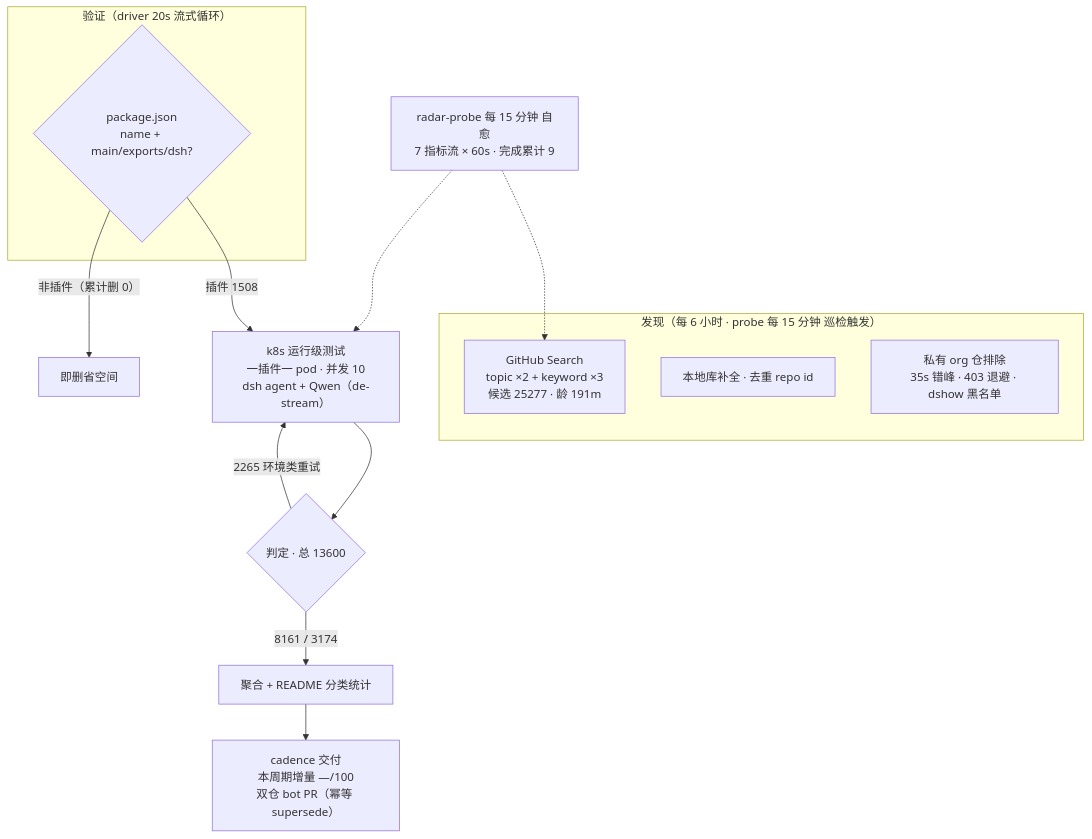
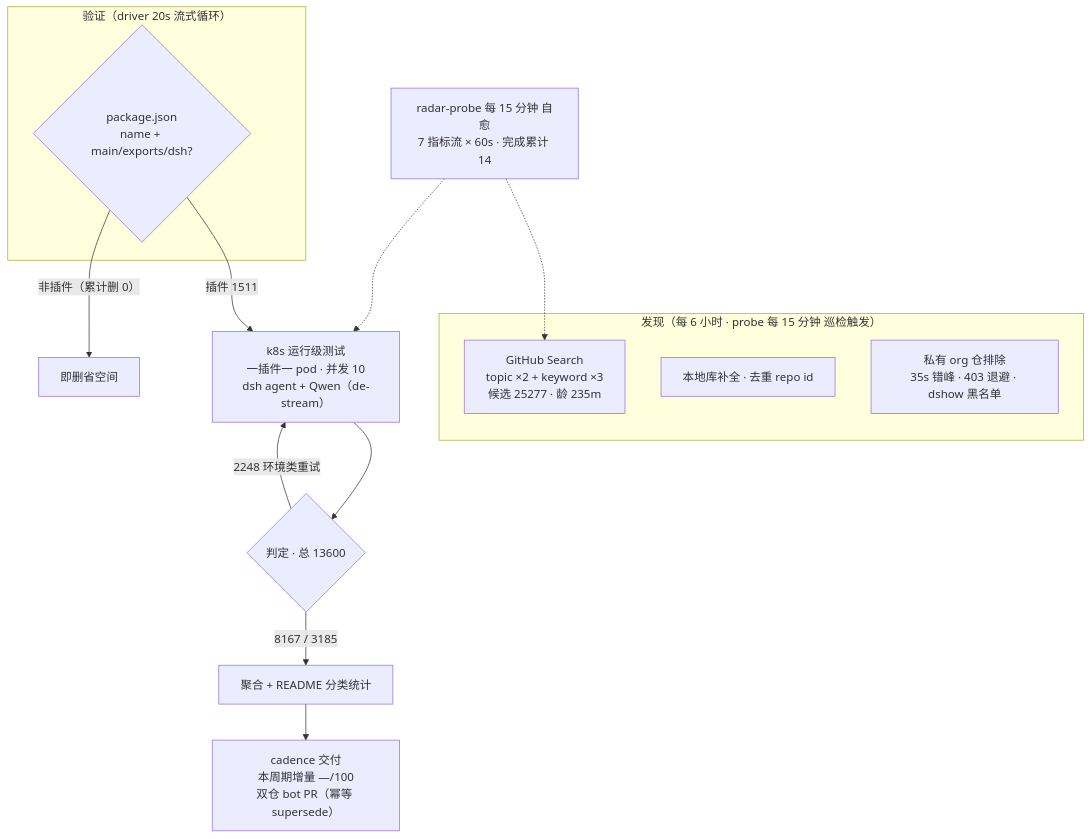
Before and after one commit to Zhidao-Lab-OSS/awesome-dsh-plugins: the diagram in README.md, drawn with Mermaid. The commit also changed other lines of this file and 1 other file, not shown here.

````diff
--- a/README.md
+++ b/README.md
@@ -99,20 +99,20 @@
 ```mermaid
 flowchart TB
     subgraph Discovery["发现（每 6 小时 · probe 每 15 分钟 巡检触发）"]
-        A1["GitHub Search<br/>topic ×2 + keyword ×3<br/>候选 25277 · 龄 191m"]
+        A1["GitHub Search<br/>topic ×2 + keyword ×3<br/>候选 25277 · 龄 235m"]
         A2["本地库补全 · 去重 repo id"]
         A3["私有 org 仓排除<br/>35s 错峰 · 403 退避 · dshow 黑名单"]
     end
     subgraph Validation["验证（driver 20s 流式循环）"]
         B1{"package.json<br/>name + main/exports/dsh?"}
     end
-    B1 -->|"插件 1508"| C1["k8s 运行级测试<br/>一插件一 pod · 并发 10<br/>dsh agent + Qwen（de-stream）"]
+    B1 -->|"插件 1511"| C1["k8s 运行级测试<br/>一插件一 pod · 并发 10<br/>dsh agent + Qwen（de-stream）"]
     B1 -->|"非插件（累计删 0）"| B3["即删省空间"]
     C1 --> D1{"判定 · 总 13600"}
-    D1 -->|"8161 / 3174"| E1["聚合 + README 分类统计"]
-    D1 -->|"2265 环境类重试"| C1
+    D1 -->|"8167 / 3185"| E1["聚合 + README 分类统计"]
+    D1 -->|"2248 环境类重试"| C1
     E1 --> E2["cadence 交付<br/>本周期增量 —/100<br/>双仓 bot PR（幂等 supersede）"]
-    M["radar-probe 每 15 分钟 自愈<br/>7 指标流 × 60s · 完成累计 9"]
+    M["radar-probe 每 15 分钟 自愈<br/>7 指标流 × 60s · 完成累计 14"]
     M -.-> A1
     M -.-> C1
 ```
````
